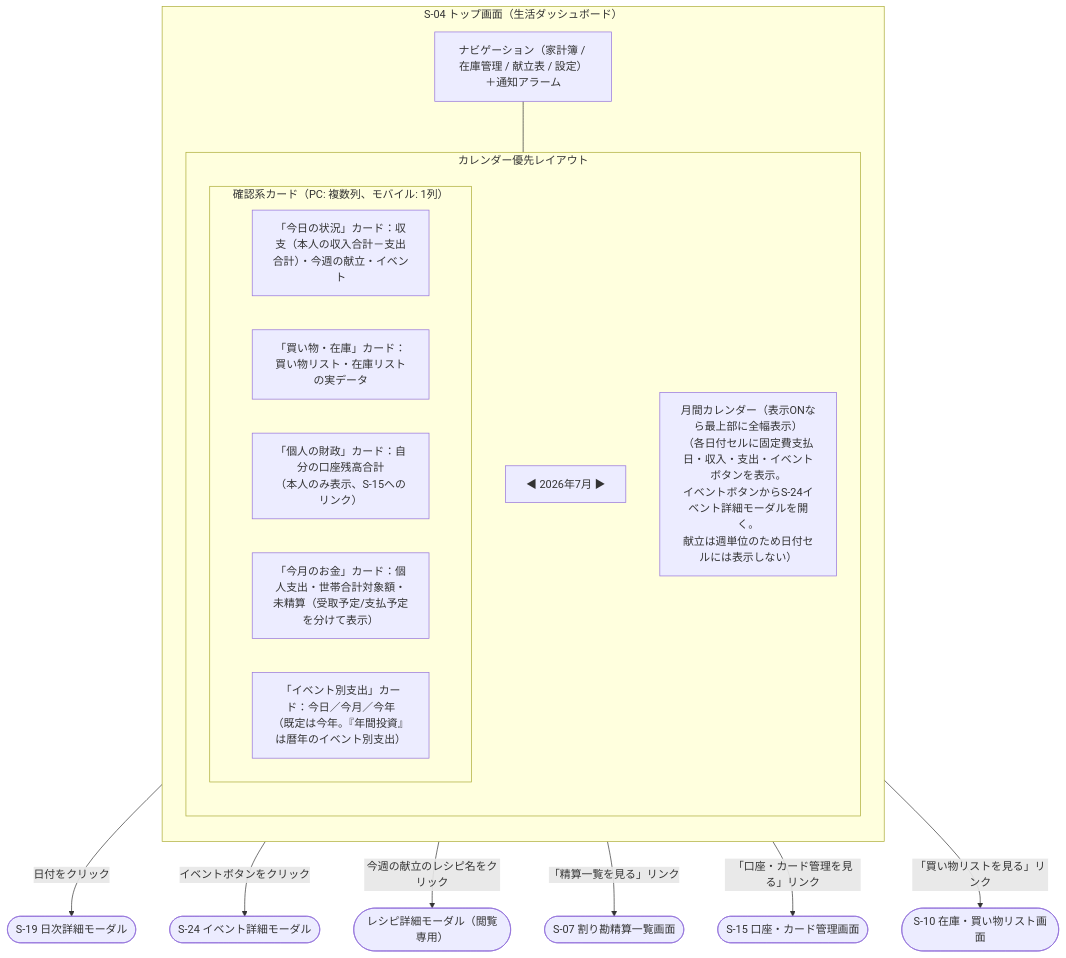
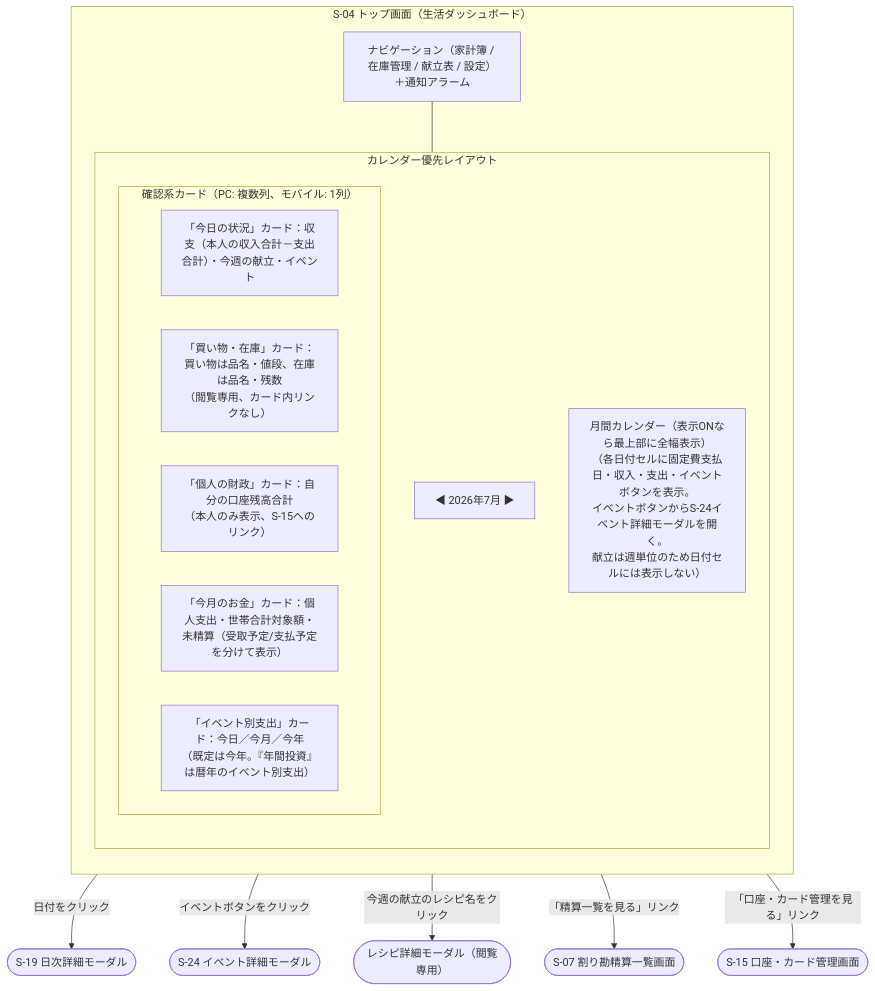
Before and after one commit to yamamotonaoki3/HomeLog: the fourth of 19 diagrams in docs/details/wireframes.md, drawn with Mermaid. The commit also changed other lines of this file and 7 other files, not shown here.

````diff
--- a/docs/details/wireframes.md
+++ b/docs/details/wireframes.md
@@ -170,27 +172,26 @@
 ```mermaid
 flowchart TD
     subgraph Screen["S-04 トップ画面（生活ダッシュボード）"]
         direction TB
         Nav["ナビゲーション（家計簿 / 在庫管理 / 献立表 / 設定）＋通知アラーム"]
         subgraph Layout["カレンダー優先レイアウト"]
             direction TB
             Header["◀ 2026年7月 ▶"]
             Calendar["月間カレンダー（表示ONなら最上部に全幅表示）\n（各日付セルに固定費支払日・収入・支出・イベントボタンを表示。\nイベントボタンからS-24イベント詳細モーダルを開く。\n献立は週単位のため日付セルには表示しない）"]
             subgraph SummaryCards["確認系カード（PC: 複数列、モバイル: 1列）"]
                 direction LR
                 Today["「今日の状況」カード：収支（本人の収入合計－支出合計）・今週の献立・イベント"]
-                Stock["「買い物・在庫」カード：買い物リスト・在庫リストの実データ"]
+                Stock["「買い物・在庫」カード：買い物は品名・値段、在庫は品名・残数\n（閲覧専用、カード内リンクなし）"]
                 Finance["「個人の財政」カード：自分の口座残高合計\n（本人のみ表示、S-15へのリンク）"]
                 Money["「今月のお金」カード：個人支出・世帯合計対象額・\n未精算（受取予定/支払予定を分けて表示）"]
                 EventExpenses["「イベント別支出」カード：今日／今月／今年\n（既定は今年。『年間投資』は暦年のイベント別支出）"]
             end
         end
     end
     Nav --- Layout
     Calendar -- 日付をクリック --> DayModal(["S-19 日次詳細モーダル"])
     Calendar -- イベントボタンをクリック --> EventModal(["S-24 イベント詳細モーダル"])
     Today -- 今週の献立のレシピ名をクリック --> RecipeModal(["レシピ詳細モーダル（閲覧専用）"])
     Money -- 「精算一覧を見る」リンク --> S07(["S-07 割り勘精算一覧画面"])
     Finance -- 「口座・カード管理を見る」リンク --> S15(["S-15 口座・カード管理画面"])
-    Stock -- 「買い物リストを見る」リンク --> S10(["S-10 在庫・買い物リスト画面"])
 ```
````
